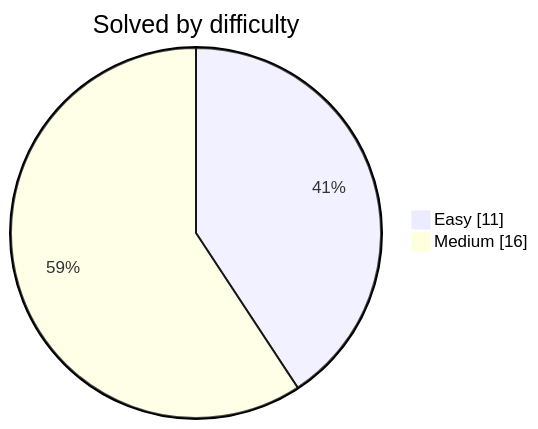
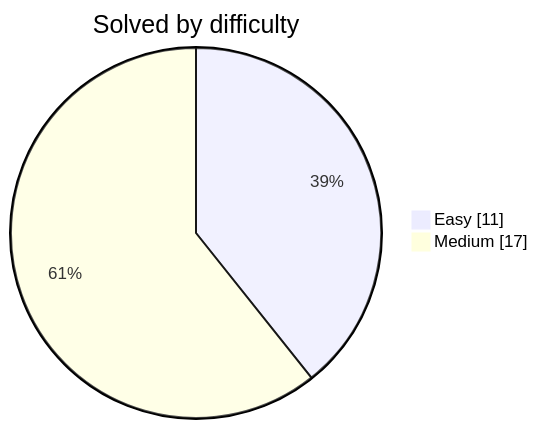
One commit to DwijeshD/leetcode-solutions changed the diagram in README.md. Above: the diagram before and after it, drawn with Mermaid. The commit also changed other lines of this file and 2 other files, not shown here.

````diff
--- a/README.md
+++ b/README.md
@@ -31,6 +31,6 @@
 ```mermaid
 pie showData
     title Solved by difficulty
     "Easy" : 11
-    "Medium" : 16
+    "Medium" : 17
 ```
````
